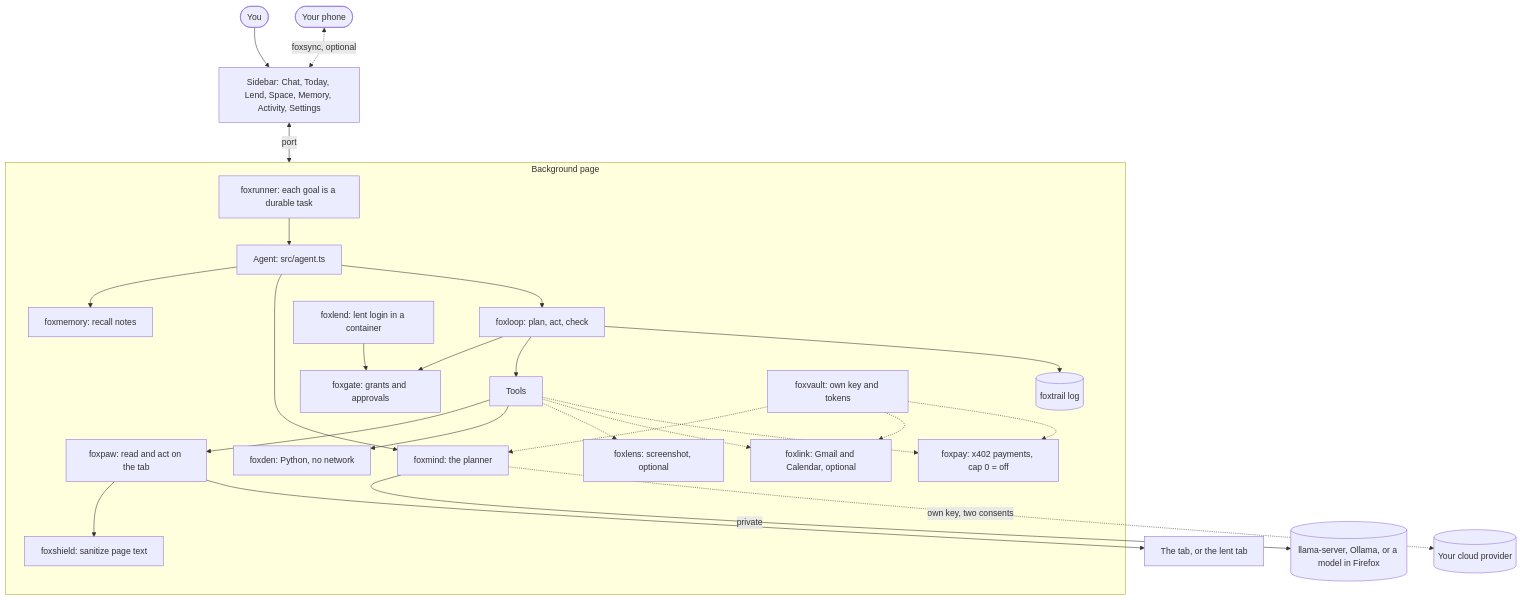
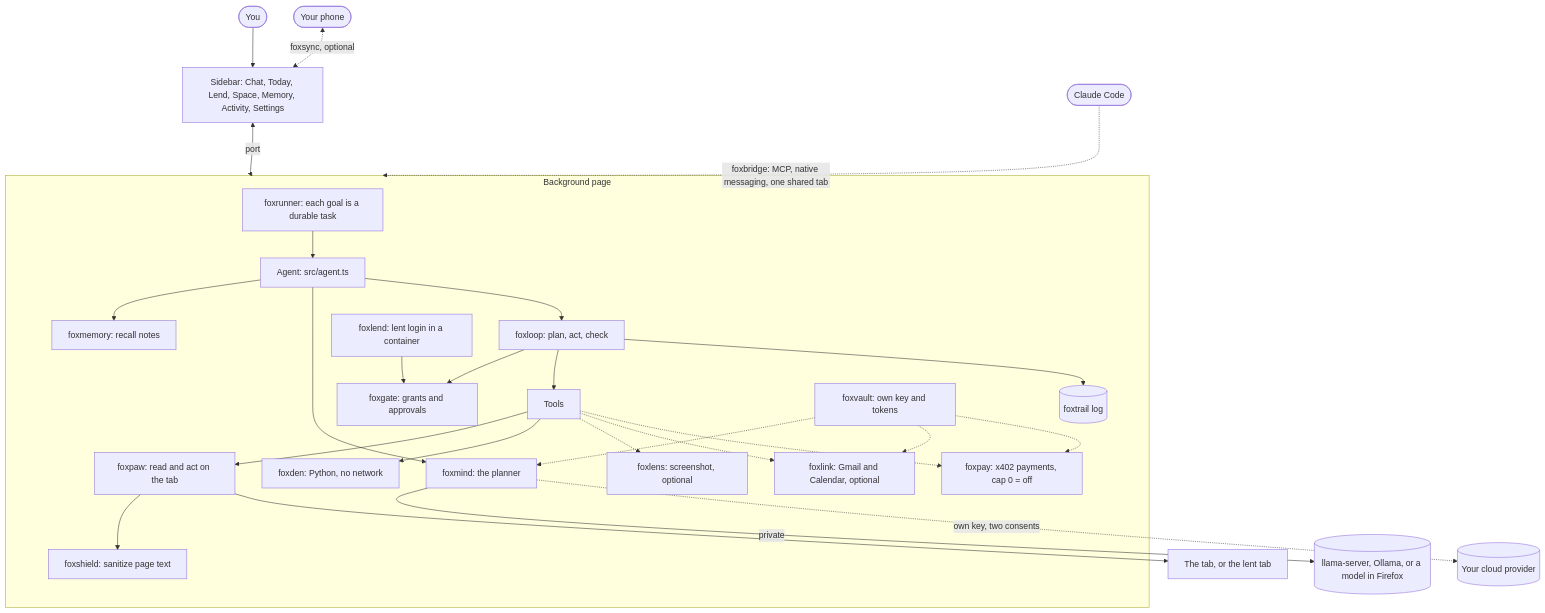
Before and after one commit to pooriaarab/foxmate: the first of 3 diagrams in README.md, drawn with Mermaid. The commit also changed other lines of this file and 18 other files, not shown here.

Commit message:
[FMT-72] Share a tab with Claude Code (#73)

````diff
--- a/README.md
+++ b/README.md
@@ -80,28 +81,29 @@
 ```mermaid
 flowchart TB
   user([You]) --> sidebar[Sidebar: Chat, Today, Lend, Space, Memory, Activity, Settings]
   sidebar <-->|port| bg[Background page]
   phone([Your phone]) <-.->|foxsync, optional| sidebar
+  claude([Claude Code]) -.->|foxbridge: MCP, native messaging, one shared tab| bg
   subgraph bg[Background page]
     runner[foxrunner: each goal is a durable task] --> agent[Agent: src/agent.ts]
     agent --> recall[foxmemory: recall notes]
     agent --> brain[foxmind: the planner]
     agent --> loop[foxloop: plan, act, check]
     loop --> gate[foxgate: grants and approvals]
     loop --> tools[Tools]
     loop --> trail[(foxtrail log)]
     tools --> paw[foxpaw: read and act on the tab]
     paw --> shield[foxshield: sanitize page text]
     tools --> den[foxden: Python, no network]
     tools -.-> lens[foxlens: screenshot, optional]
     tools -.-> link[foxlink: Gmail and Calendar, optional]
     tools -.-> pay[foxpay: x402 payments, cap 0 = off]
     lend[foxlend: lent login in a container] --> gate
     vault[foxvault: own key and tokens] -.-> brain
     vault -.-> link
     vault -.-> pay
   end
   brain -->|private| local[(llama-server, Ollama, or a model in Firefox)]
   brain -.->|own key, two consents| cloud[(Your cloud provider)]
   paw --> tab[The tab, or the lent tab]
 ```
````
